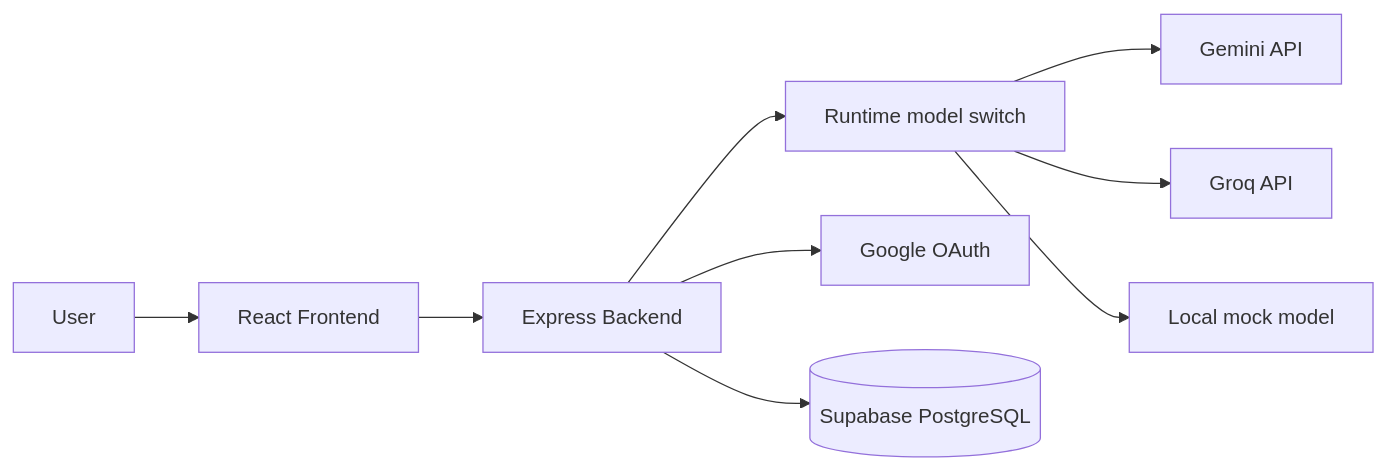
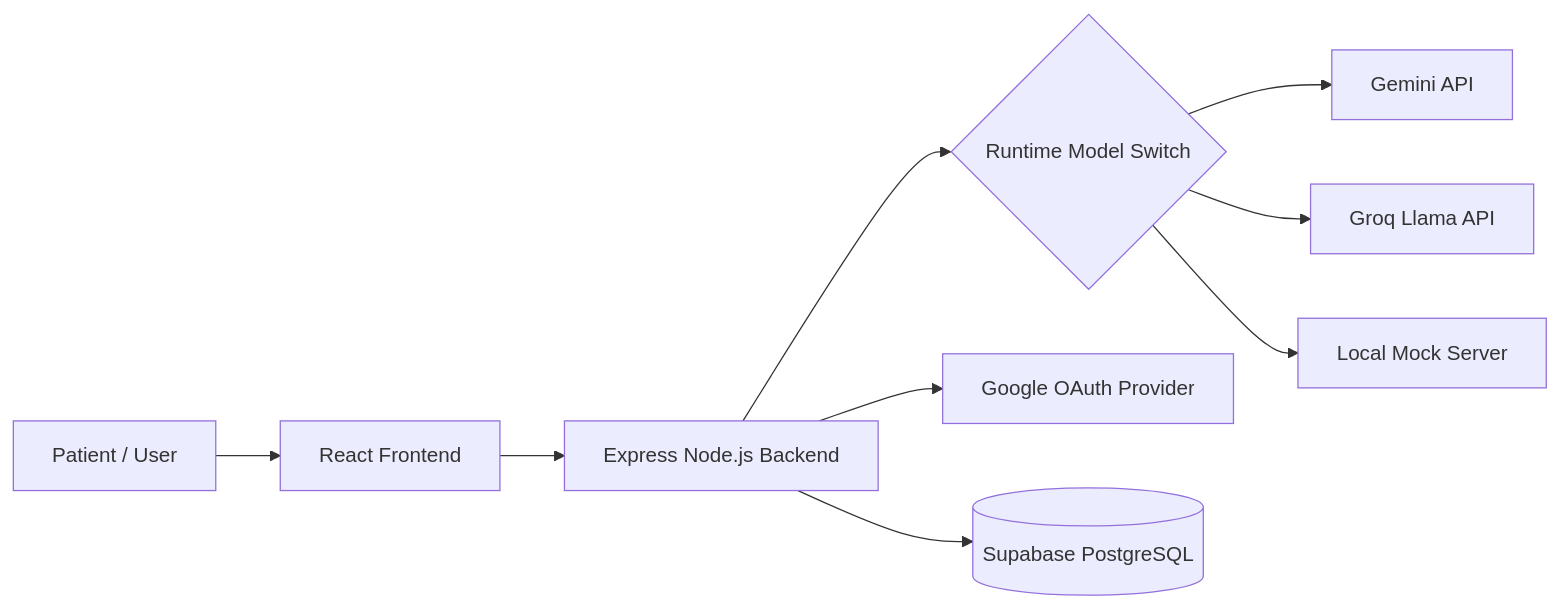
One commit to DarkKnight765/mediRAG_ changed the diagram in README.md. Above: the diagram before and after it, drawn with Mermaid. The commit also changed other lines of this file, not shown here.

````diff
--- a/README.md
+++ b/README.md
@@ -53,11 +69,13 @@
 ```mermaid
 flowchart LR
-  U[User] --> F[React Frontend]
-  F --> B[Express Backend]
-  B --> M[Runtime model switch]
+  U[Patient / User] --> F[React Frontend]
+  F --> B[Express Node.js Backend]
+  
+  B --> M{Runtime Model Switch}
   M --> G[Gemini API]
-  M --> Q[Groq API]
-  M --> L[Local mock model]
-  B --> Auth[Google OAuth]
+  M --> Q[Groq Llama API]
+  M --> L[Local Mock Server]
+  
+  B --> Auth[Google OAuth Provider]
   B --> DB[(Supabase PostgreSQL)]
 ```
````
